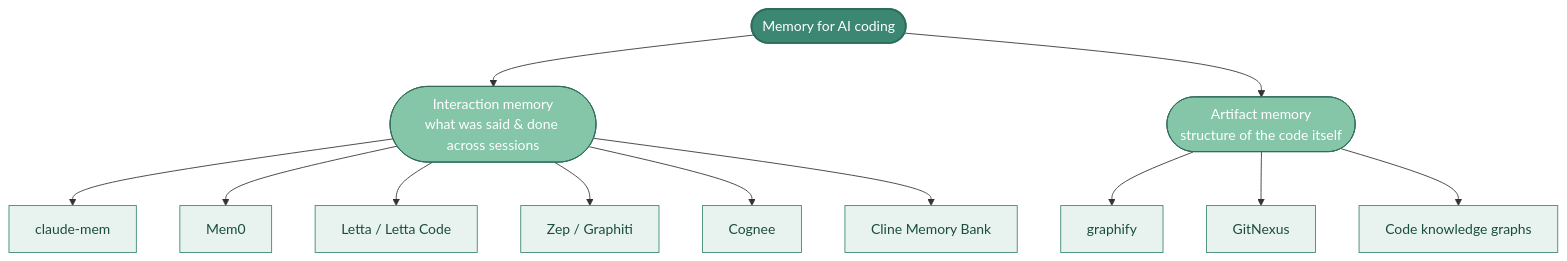
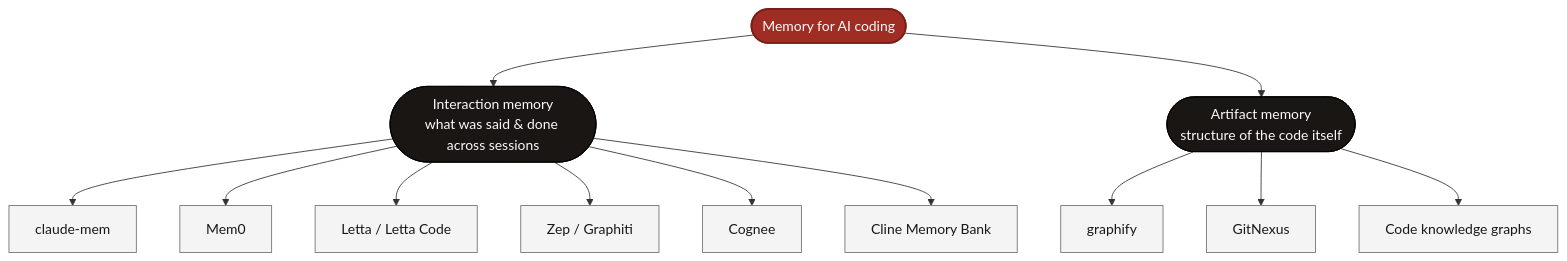
Before and after one commit to pochadri/ai-coding: the diagram in 06-skills-and-memory/what-is-memory.md, drawn with Mermaid. The commit also changed 5 other files, not shown here.

````diff
--- a/06-skills-and-memory/what-is-memory.md
+++ b/06-skills-and-memory/what-is-memory.md
@@ -50,23 +50,23 @@
 ```mermaid
 flowchart TD
     M([Memory for AI coding]):::root
 
     M --> IM([Interaction memory<br/>what was said & done across sessions]):::interaction
     M --> AM([Artifact memory<br/>structure of the code itself]):::artifact
 
     IM --> IM1[claude-mem]:::tool
     IM --> IM2[Mem0]:::tool
     IM --> IM3[Letta / Letta Code]:::tool
     IM --> IM4[Zep / Graphiti]:::tool
     IM --> IM5[Cognee]:::tool
     IM --> IM6[Cline Memory Bank]:::tool
 
     AM --> AM1[graphify]:::tool
     AM --> AM2[GitNexus]:::tool
     AM --> AM3[Code knowledge graphs]:::tool
 
-    classDef root fill:#3c8772,stroke:#2d6b5a,color:#fff,stroke-width:2px
-    classDef interaction fill:#85c5a8,stroke:#2d6b5a,color:#fff
-    classDef artifact fill:#85c5a8,stroke:#2d6b5a,color:#fff
-    classDef tool fill:#e8f3ef,stroke:#3c8772,color:#1a4d3e
+    classDef root fill:#9F2D24,stroke:#7A1F18,color:#FAFAFA,stroke-width:2px
+    classDef interaction fill:#1A1614,stroke:#000000,color:#FAFAFA
+    classDef artifact fill:#1A1614,stroke:#000000,color:#FAFAFA
+    classDef tool fill:#F4F4F5,stroke:#71717A,color:#18181B
 ```
````
